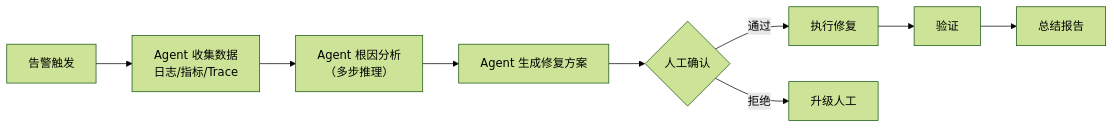
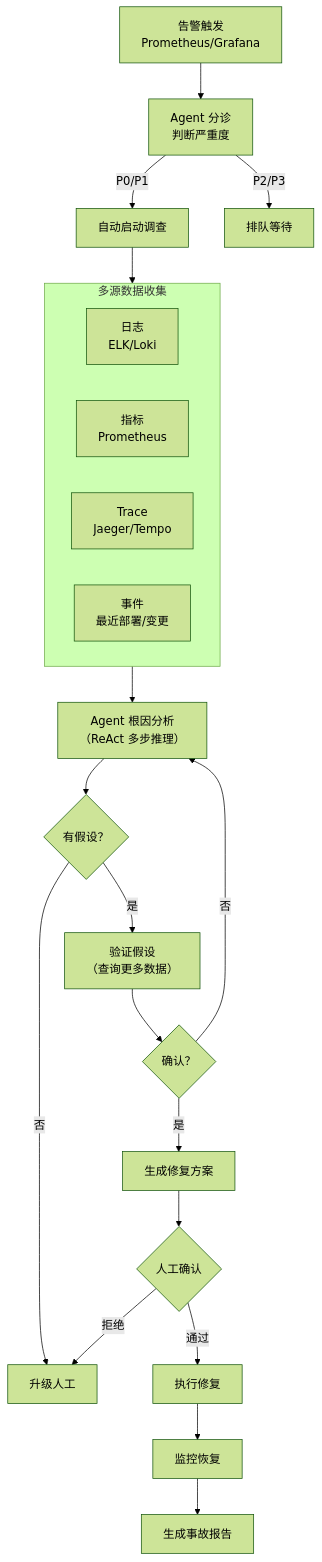
The diagram in docs/阶段6-前沿/03-AISRE自治.md (UranusGit/java-agent-learn), drawn with Mermaid (forest theme) before and after one commit. The commit also changed other lines of this file and 112 other files, not shown here.

````diff
--- a/docs/阶段6-前沿/03-AISRE自治.md
+++ b/docs/阶段6-前沿/03-AISRE自治.md
@@ -15,11 +19,28 @@
 ```mermaid
-flowchart LR
-    Alert["告警触发"] --> Collect["Agent 收集数据<br/>日志/指标/Trace"]
-    Collect --> Analyze["Agent 根因分析<br/>（多步推理）"]
-    Analyze --> Plan["Agent 生成修复方案"]
+flowchart TD
+    Alert["告警触发<br/>Prometheus/Grafana"] --> Triage["Agent 分诊<br/>判断严重度"]
+    Triage -->|"P0/P1"| Auto["自动启动调查"]
+    Triage -->|"P2/P3"| Queue["排队等待"]
+
+    Auto --> Collect["Agent 收集数据"]
+    subgraph Collect ["多源数据收集"]
+        L["日志<br/>ELK/Loki"]
+        M["指标<br/>Prometheus"]
+        T["Trace<br/>Jaeger/Tempo"]
+        E["事件<br/>最近部署/变更"]
+    end
+
+    Collect --> Analyze["Agent 根因分析<br/>（ReAct 多步推理）"]
+    Analyze --> Hypothesis{"有假设？"}
+    Hypothesis -->|"是"| Verify["验证假设<br/>（查询更多数据）"]
+    Verify --> Confirmed{"确认？"}
+    Confirmed -->|"是"| Plan["生成修复方案"]
+    Confirmed -->|"否"| Analyze
+    Hypothesis -->|"否"| Escalate["升级人工"]
+
     Plan --> Approve{"人工确认"}
     Approve -->|"通过"| Fix["执行修复"]
-    Approve -->|"拒绝"| Escalate["升级人工"]
-    Fix --> Verify["验证"]
-    Verify --> Report["总结报告"]
+    Approve -->|"拒绝"| Escalate
+    Fix --> Monitor["监控恢复"]
+    Monitor --> Report["生成事故报告"]
 ```
````
